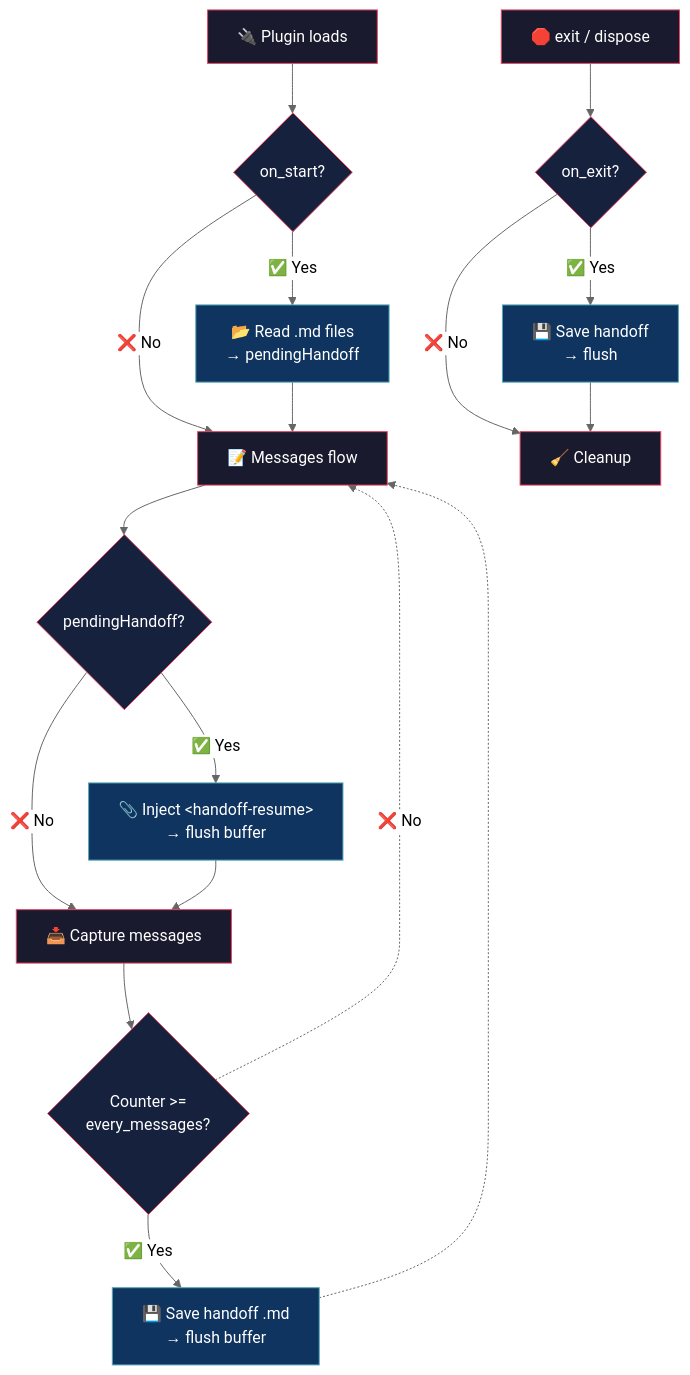
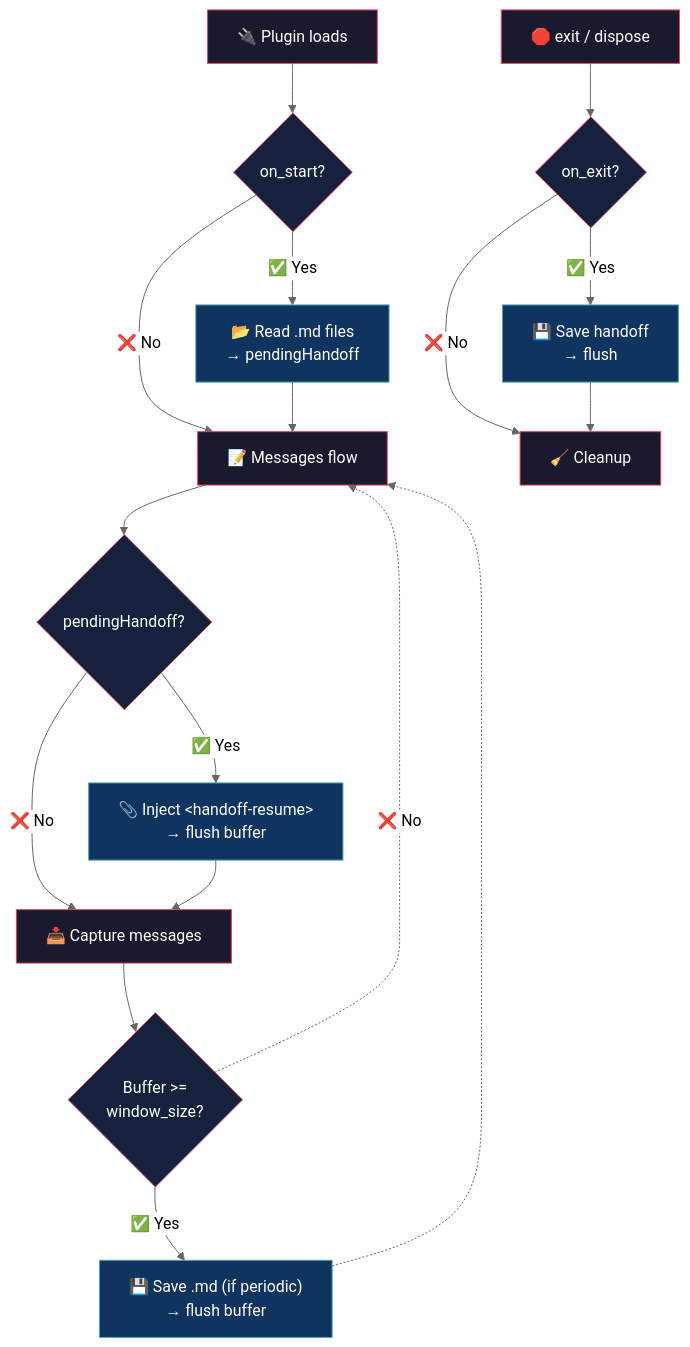
The diagram in README.md (alejo54dev/opencode-auto-handoff), drawn with Mermaid (neutral theme) before and after one commit. The commit also changed other lines of this file and 2 other files, not shown here.

First line of the commit message:
Refactor: replace keep_last+every_messages with window_size+periodic

````diff
--- a/README.md
+++ b/README.md
@@ -27,38 +29,38 @@
 ```mermaid
 flowchart TD
     A["🔌 Plugin loads"]
     A --> B{"on_start?"}
     B -->|"✅ Yes"| C["📂 Read .md files<br/>→ pendingHandoff"]
     B -->|"❌ No"| D["📝 Messages flow"]
     C --> D
 
     D --> E{"pendingHandoff?"}
     E -->|"✅ Yes"| F["📎 Inject &lt;handoff-resume&gt;<br/>→ flush buffer"]
     E -->|"❌ No"| G["📥 Capture messages"]
     F --> G
 
-    G --> H{"Counter >=<br/>every_messages?"}
-    H -->|"✅ Yes"| I["💾 Save handoff .md<br/>→ flush buffer"]
+    G --> H{"Buffer >=<br/>window_size?"}
+    H -->|"✅ Yes"| I["💾 Save .md (if periodic)<br/>→ flush buffer"]
     H -.->|"❌ No"| D
     I -.-> D
 
     J["🛑 exit / dispose"]
     J --> K{"on_exit?"}
     K -->|"✅ Yes"| L["💾 Save handoff<br/>→ flush"]
     K -->|"❌ No"| M["🧹 Cleanup"]
     L --> M
 
     style A fill:#1a1a2e,stroke:#e94560,color:#fff
     style B fill:#16213e,stroke:#e94560,color:#fff
     style C fill:#0f3460,stroke:#53a8b6,color:#fff
     style D fill:#1a1a2e,stroke:#e94560,color:#fff
     style E fill:#16213e,stroke:#e94560,color:#fff
     style F fill:#0f3460,stroke:#53a8b6,color:#fff
     style G fill:#1a1a2e,stroke:#e94560,color:#fff
     style H fill:#16213e,stroke:#e94560,color:#fff
     style I fill:#0f3460,stroke:#53a8b6,color:#fff
     style J fill:#1a1a2e,stroke:#e94560,color:#fff
     style K fill:#16213e,stroke:#e94560,color:#fff
     style L fill:#0f3460,stroke:#53a8b6,color:#fff
     style M fill:#1a1a2e,stroke:#e94560,color:#fff
 ```
````
